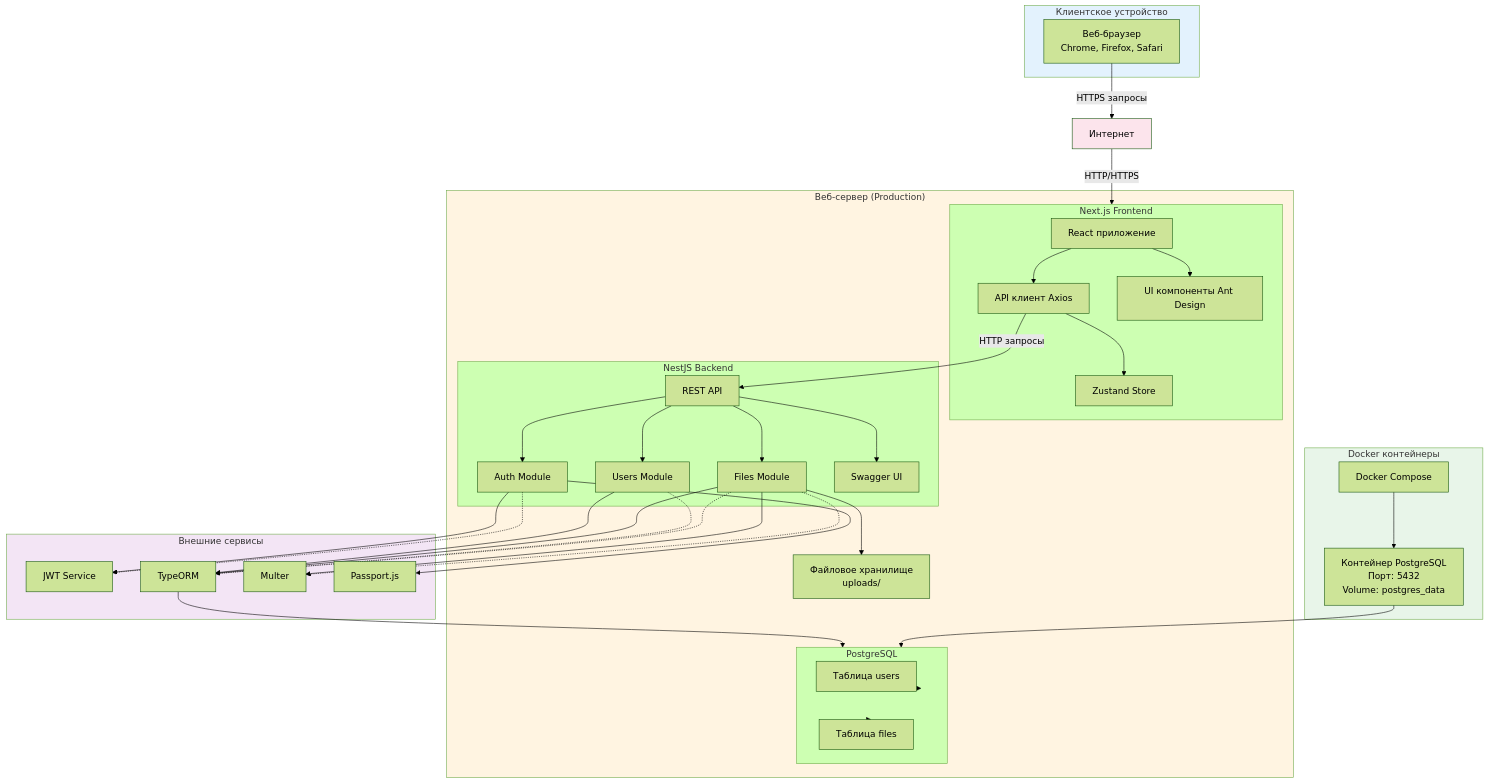
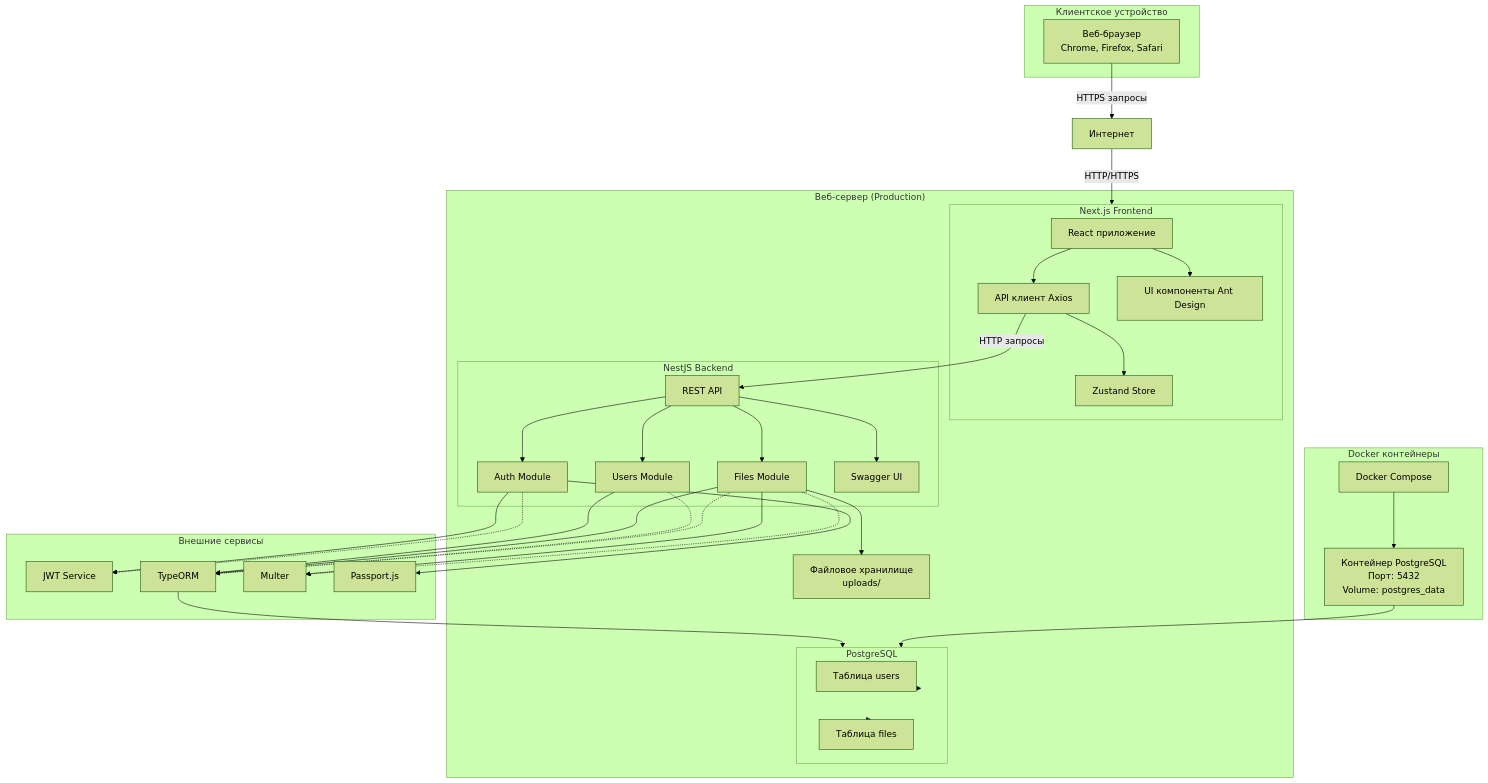
The diagram in uml-диаграммы/8-диаграмма-развертывания.mmd (KyaamiRei/cloud-storage-frontend), drawn with Mermaid (forest theme) before and after one commit. The commit also changed 5 other files, not shown here.

Commit message:
Add detailed class and ER diagrams for user and file entities

```diff
--- a/uml-диаграммы/8-диаграмма-развертывания.mmd
+++ b/uml-диаграммы/8-диаграмма-развертывания.mmd
@@ -1,86 +1,80 @@
 graph TB
     subgraph Client["Клиентское устройство"]
         Browser[Веб-браузер<br/>Chrome, Firefox, Safari]
     end
 
     Internet[Интернет]
 
     subgraph Server["Веб-сервер (Production)"]
         subgraph NextJS["Next.js Frontend"]
             ReactApp[React приложение]
             APIClient[API клиент Axios]
             Store[Zustand Store]
             UIComponents[UI компоненты Ant Design]
         end
 
         subgraph NestJS["NestJS Backend"]
             RESTAPI[REST API]
             AuthModule[Auth Module]
             UsersModule[Users Module]
             FilesModule[Files Module]
             Swagger[Swagger UI]
         end
 
         subgraph PostgreSQL["PostgreSQL"]
             UsersTable[Таблица users]
             FilesTable[Таблица files]
         end
 
         FileStorage[Файловое хранилище<br/>uploads/]
     end
 
     subgraph Docker["Docker контейнеры"]
         DockerCompose[Docker Compose]
         PostgresContainer[Контейнер PostgreSQL<br/>Порт: 5432<br/>Volume: postgres_data]
     end
 
     subgraph External["Внешние сервисы"]
         JWTService[JWT Service]
         TypeORM[TypeORM]
         Multer[Multer]
         Passport[Passport.js]
     end
 
     %% Связи клиента
     Browser -->|HTTPS запросы| Internet
     Internet -->|HTTP/HTTPS| NextJS
 
     %% Связи Frontend
     ReactApp --> APIClient
     APIClient --> Store
     ReactApp --> UIComponents
     APIClient -->|HTTP запросы| RESTAPI
 
     %% Связи Backend
     RESTAPI --> AuthModule
     RESTAPI --> UsersModule
     RESTAPI --> FilesModule
     RESTAPI --> Swagger
 
     AuthModule --> Passport
     AuthModule --> JWTService
     UsersModule --> TypeORM
     FilesModule --> TypeORM
     FilesModule --> Multer
     FilesModule --> FileStorage
 
     %% Связи с базой данных
     TypeORM --> PostgreSQL
     PostgreSQL --> UsersTable
     PostgreSQL --> FilesTable
 
     %% Docker связи
     DockerCompose --> PostgresContainer
     PostgresContainer --> PostgreSQL
 
     %% Внешние зависимости
     AuthModule -.-> JWTService
     UsersModule -.-> TypeORM
     FilesModule -.-> TypeORM
     FilesModule -.-> Multer
-
-    style Client fill:#e3f2fd
-    style Server fill:#fff4e1
-    style Docker fill:#e8f5e9
-    style External fill:#f3e5f5
-    style Internet fill:#fce4ec
```
